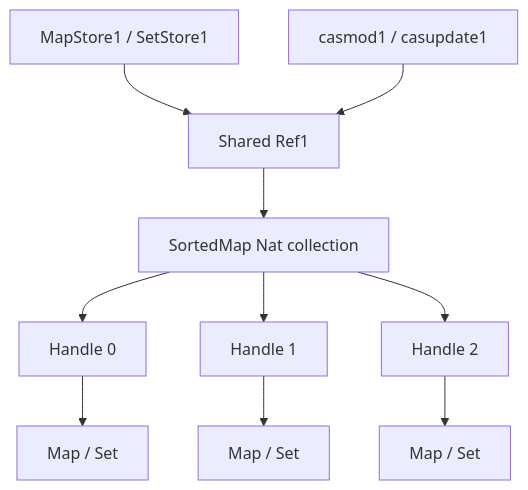
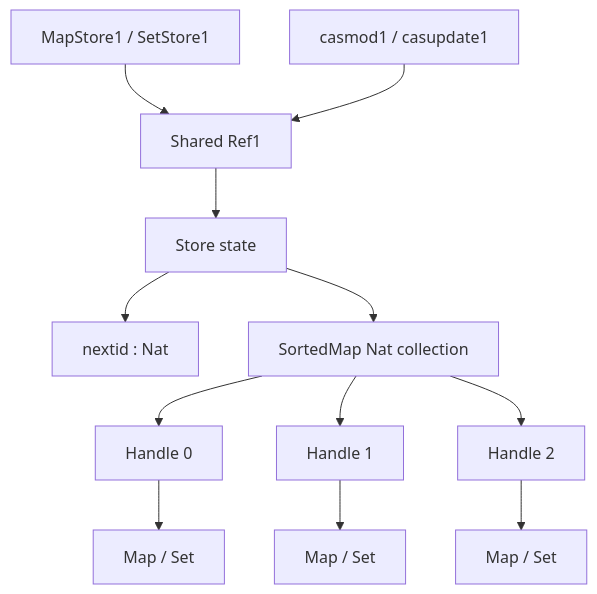
One commit to idris-community/idris2-containers changed the fifth of 7 diagrams in README.md. Above: the diagram before and after it, drawn with Mermaid. The commit also changed other lines of this file and 8 other files, not shown here.

````diff
--- a/README.md
+++ b/README.md
@@ -309,12 +312,14 @@
 ```mermaid
 flowchart TD
     A["MapStore1 / SetStore1"] --> B["Shared Ref1"]
-    B --> C["SortedMap Nat collection"]
+    B --> K["Store state"]
+    K --> L["nextid : Nat"]
+    K --> C["SortedMap Nat collection"]
     C --> D["Handle 0"]
     C --> E["Handle 1"]
     C --> F["Handle 2"]
     D --> G["Map / Set"]
     E --> H["Map / Set"]
     F --> I["Map / Set"]
     J["casmod1 / casupdate1"] --> B
 ```
````
